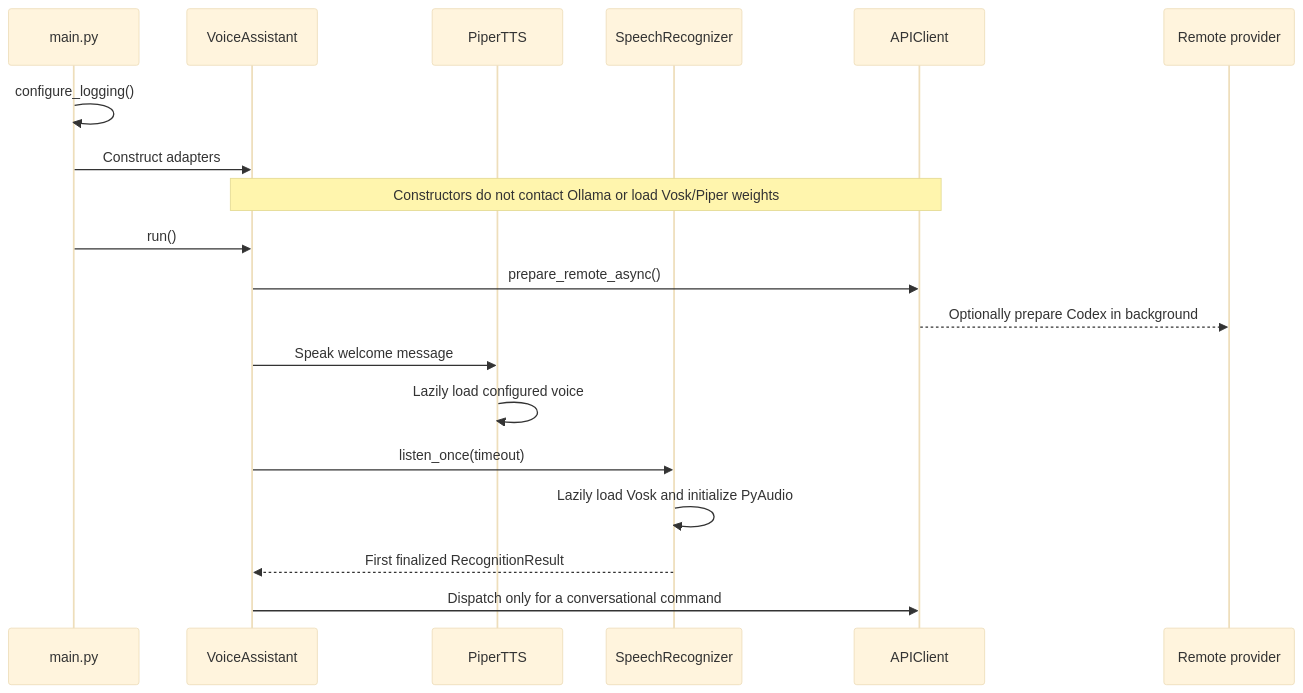
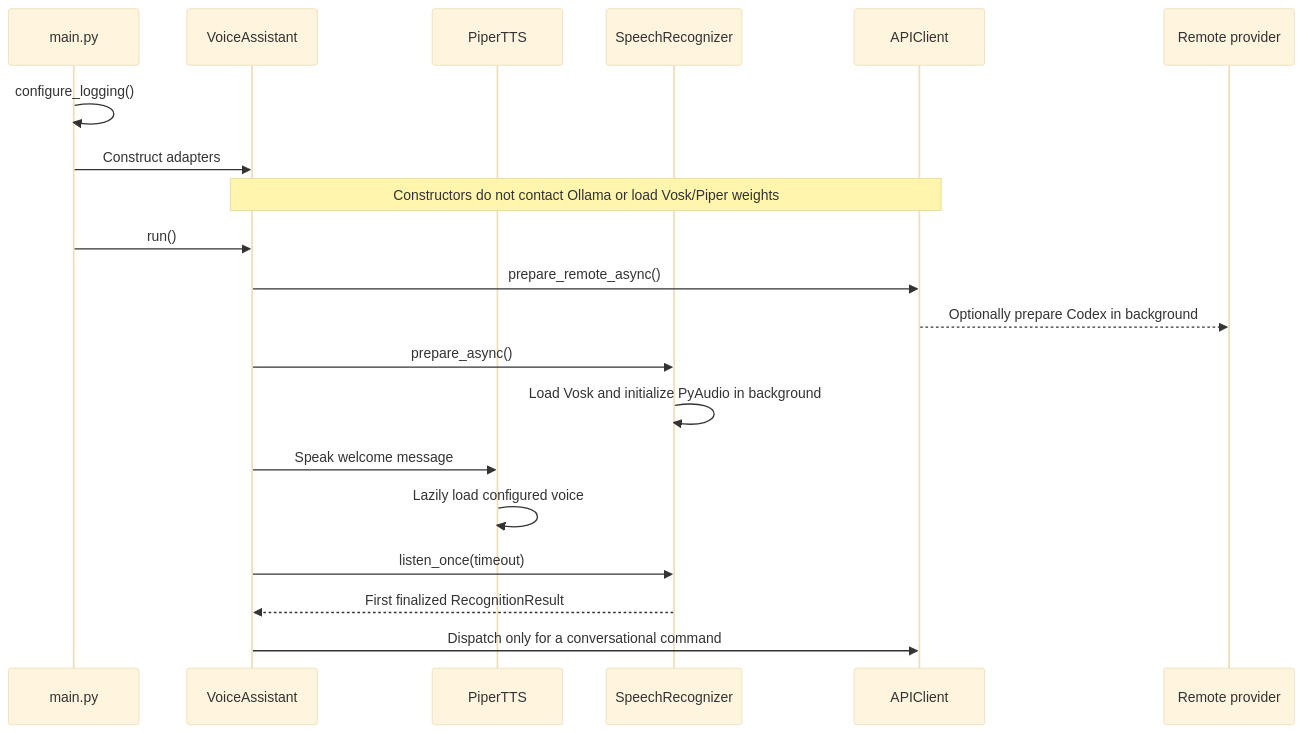
Before and after one commit to UbiquitousDynamics/helios-ai-jetson-framework: the fourth of 6 diagrams in README.md, drawn with Mermaid (base theme). The commit also changed other lines of this file and 4 other files, not shown here.

````diff
--- a/README.md
+++ b/README.md
@@ -440,22 +440,23 @@
 ```mermaid
 sequenceDiagram
     participant Main as main.py
     participant VA as VoiceAssistant
     participant P as PiperTTS
     participant V as SpeechRecognizer
     participant A as APIClient
     participant R as Remote provider
 
     Main->>Main: configure_logging()
     Main->>VA: Construct adapters
     Note over VA,A: Constructors do not contact Ollama or load Vosk/Piper weights
     Main->>VA: run()
     VA->>A: prepare_remote_async()
     A-->>R: Optionally prepare Codex in background
+    VA->>V: prepare_async()
+    V->>V: Load Vosk and initialize PyAudio in background
     VA->>P: Speak welcome message
     P->>P: Lazily load configured voice
     VA->>V: listen_once(timeout)
-    V->>V: Lazily load Vosk and initialize PyAudio
     V-->>VA: First finalized RecognitionResult
     VA->>A: Dispatch only for a conversational command
 ```
````
